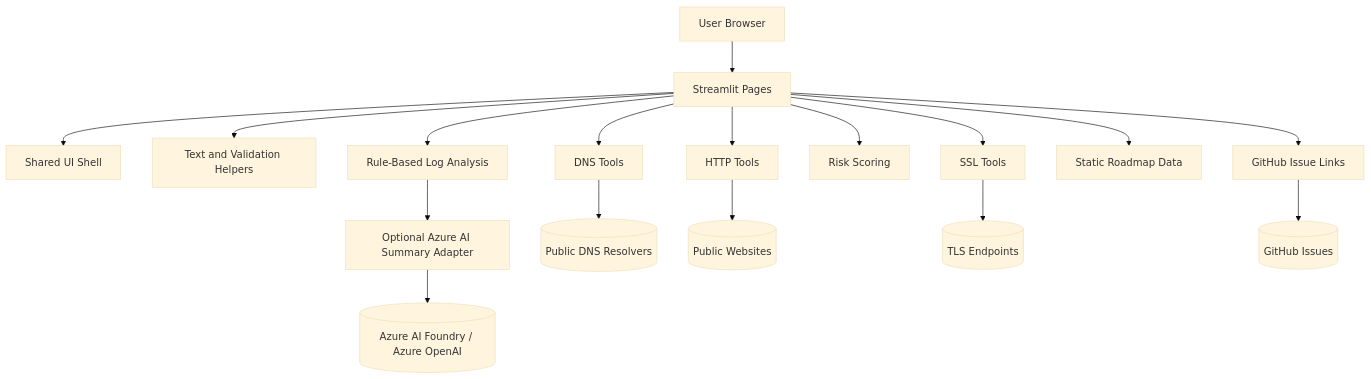
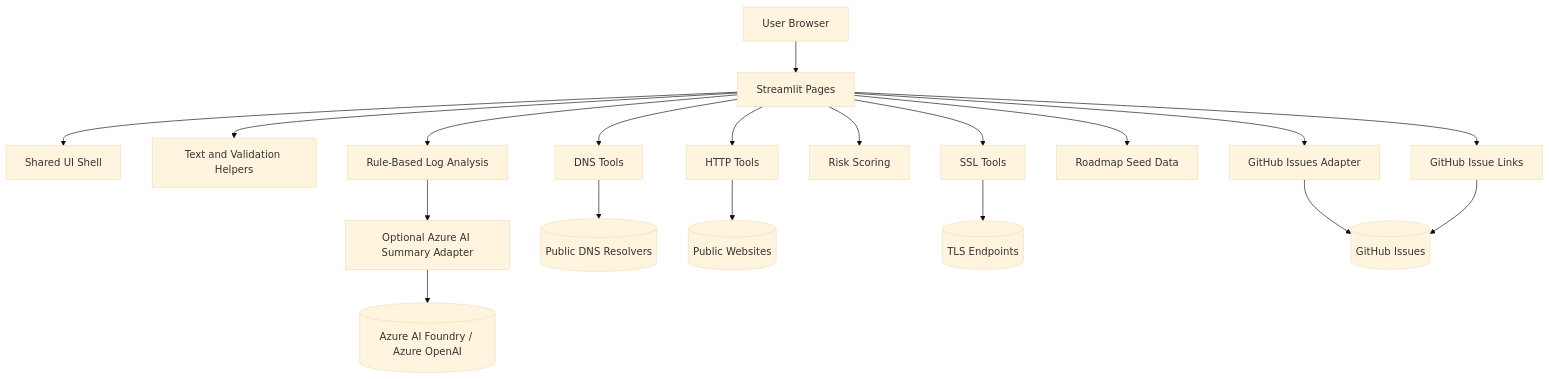
The diagram in docs/architecture.md (NPFernando/ITOps-Toolkit), drawn with Mermaid (base theme) before and after one commit. The commit also changed other lines of this file and 16 other files, not shown here.

First line of the commit message:
Refactor roadmap and feedback system to support hybrid data from GitHub and seed items

````diff
--- a/docs/architecture.md
+++ b/docs/architecture.md
@@ -5,19 +5,21 @@
 ```mermaid
 flowchart TD
     U[User Browser] --> S[Streamlit Pages]
     S --> UI[Shared UI Shell]
     S --> T[Text and Validation Helpers]
     S --> D[DNS Tools]
     S --> H[HTTP Tools]
     S --> C[SSL Tools]
     S --> R[Risk Scoring]
     S --> L[Rule-Based Log Analysis]
-    S --> M[Static Roadmap Data]
+    S --> M[Roadmap Seed Data]
+    S --> GI[GitHub Issues Adapter]
     L --> A[Optional Azure AI Summary Adapter]
     S --> G[GitHub Issue Links]
     D --> DNS[(Public DNS Resolvers)]
     H --> WEB[(Public Websites)]
     C --> TLS[(TLS Endpoints)]
     A --> AZ[(Azure AI Foundry / Azure OpenAI)]
-    G --> GH[(GitHub Issues)]
+    GI --> GH[(GitHub Issues)]
+    G --> GH
 ```
````
